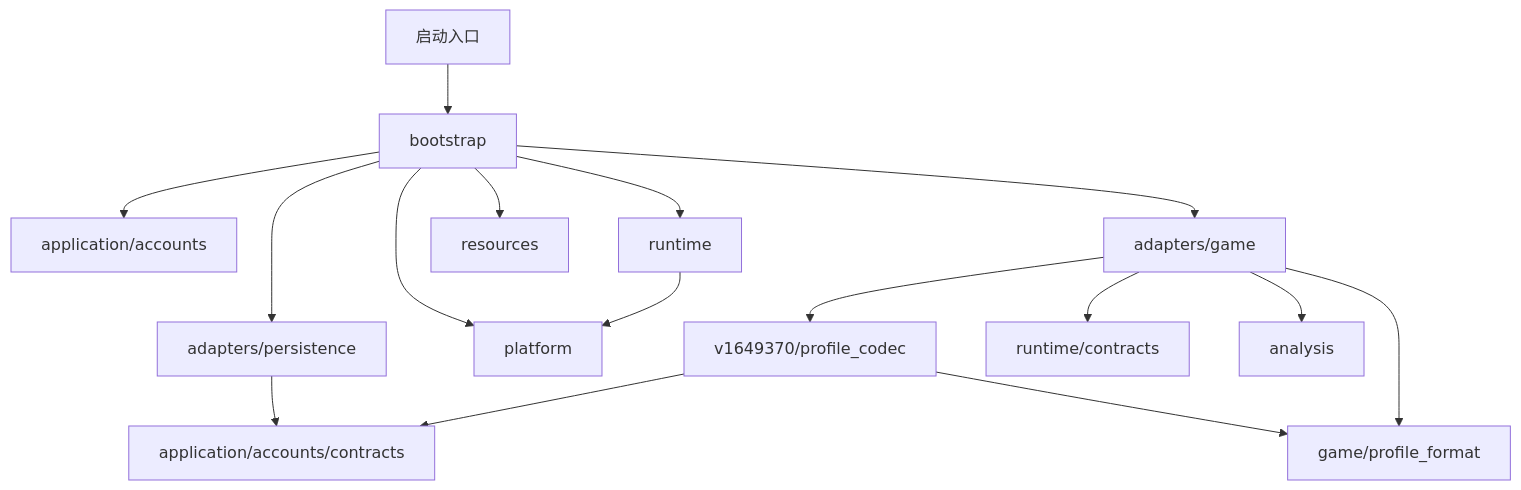
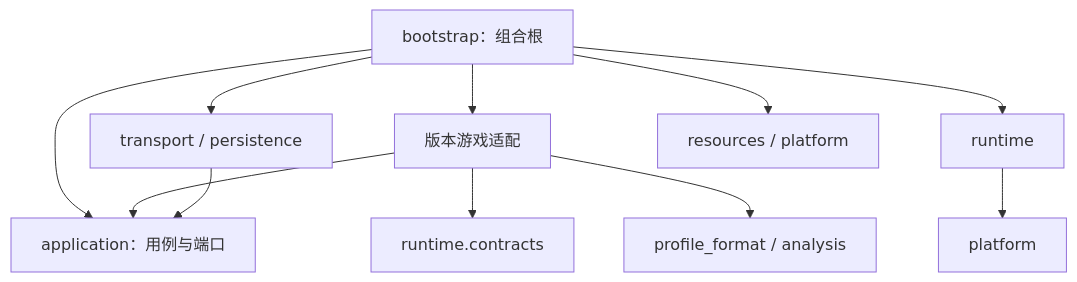
Before and after one commit to BeingIsA/Welcome_CODOL_Client: the second of 3 diagrams in docs/架构设计.md, drawn with Mermaid. The commit also changed other lines of this file and 1 other file, not shown here.

````diff
--- a/docs/架构设计.md
+++ b/docs/架构设计.md
@@ -161,18 +77,13 @@
 ```mermaid
 flowchart TD
-    Entry[启动入口] --> B[bootstrap]
-    B --> A[application/accounts]
-    B --> DB[adapters/persistence]
-    B --> G[adapters/game]
+    B[bootstrap：组合根] --> A[application：用例与端口]
+    B --> G[版本游戏适配]
+    B --> T[transport / persistence]
     B --> R[runtime]
-    B --> Res[resources]
-    B --> P[platform]
-    DB --> AC[application/accounts/contracts]
-    G --> Codec[v1649370/profile_codec]
-    Codec --> AC
-    Codec --> Format[game/profile_format]
-    G --> Format
-    G --> RC[runtime/contracts]
-    R --> P
-    G --> Analysis[analysis]
+    B --> X[resources / platform]
+    G --> A
+    G --> C[runtime.contracts]
+    G --> F[profile_format / analysis]
+    T --> A
+    R --> P[platform]
 ```
````
